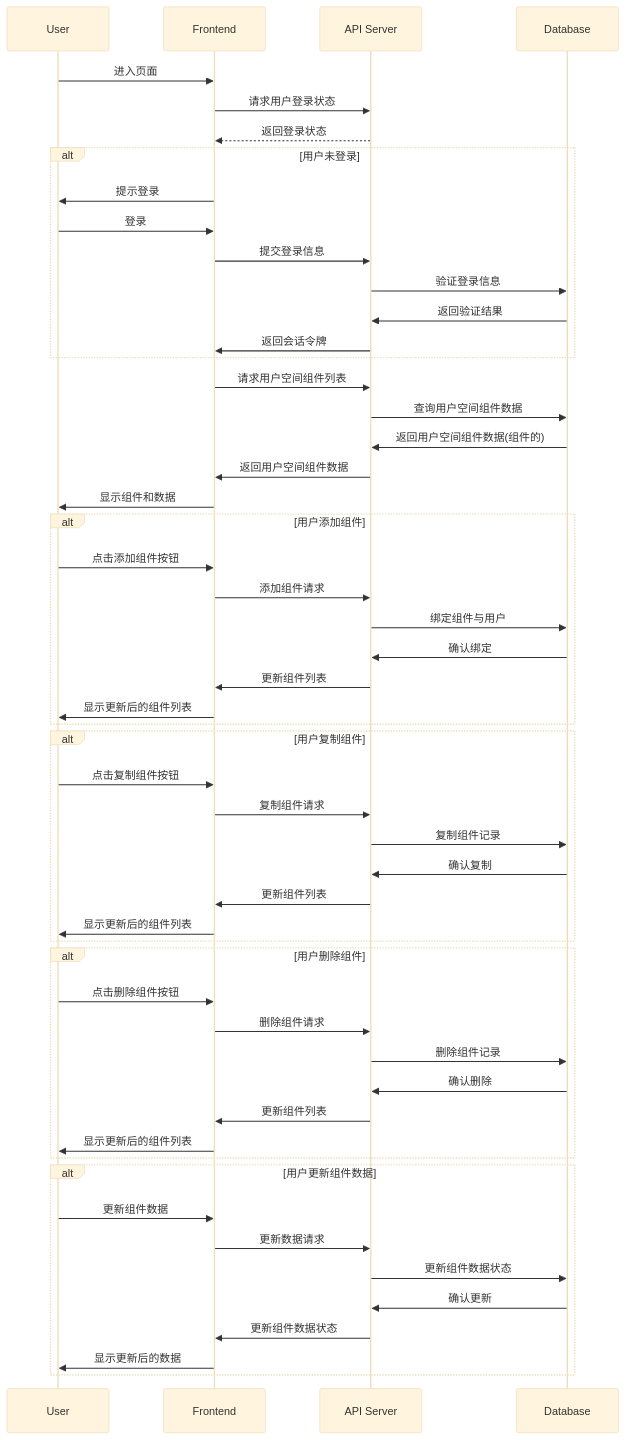
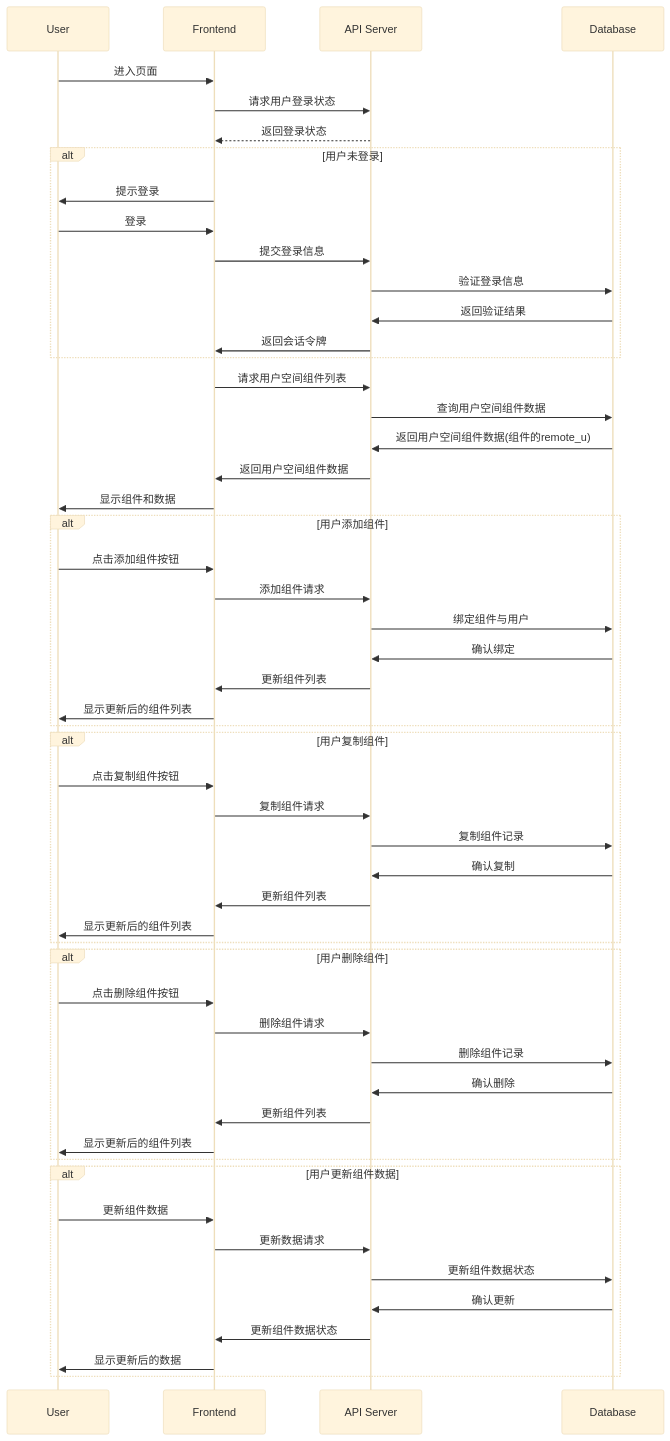
The diagram in all/未命名-7.md (yingjianzh/iodraw-files), drawn with Mermaid (base theme) before and after one commit.

Commit message:
2024-10-09 10:20:54 update

````diff
--- a/all/未命名-7.md
+++ b/all/未命名-7.md
@@ -1,62 +1,62 @@
 ```mermaid
 sequenceDiagram
     participant User
     participant Frontend
     participant API Server
     participant Database
 
     User->>Frontend: 进入页面
     Frontend->>API Server: 请求用户登录状态
     API Server-->>Frontend: 返回登录状态
     alt 用户未登录
         Frontend->>User: 提示登录
         User->>Frontend: 登录
         Frontend->>API Server: 提交登录信息
         API Server->>Database: 验证登录信息
         Database->>API Server: 返回验证结果
         API Server->>Frontend: 返回会话令牌
     end
 
     Frontend->>API Server: 请求用户空间组件列表
     API Server->>Database: 查询用户空间组件数据
-    Database->>API Server: 返回用户空间组件数据(组件的)
+    Database->>API Server: 返回用户空间组件数据(组件的remote_u)
     API Server->>Frontend: 返回用户空间组件数据
     Frontend->>User: 显示组件和数据
 
     alt 用户添加组件
         User->>Frontend: 点击添加组件按钮
         Frontend->>API Server: 添加组件请求
         API Server->>Database: 绑定组件与用户
         Database->>API Server: 确认绑定
         API Server->>Frontend: 更新组件列表
         Frontend->>User: 显示更新后的组件列表
     end
 
     alt 用户复制组件
         User->>Frontend: 点击复制组件按钮
         Frontend->>API Server: 复制组件请求
         API Server->>Database: 复制组件记录
         Database->>API Server: 确认复制
         API Server->>Frontend: 更新组件列表
         Frontend->>User: 显示更新后的组件列表
     end
 
     alt 用户删除组件
         User->>Frontend: 点击删除组件按钮
         Frontend->>API Server: 删除组件请求
         API Server->>Database: 删除组件记录
         Database->>API Server: 确认删除
         API Server->>Frontend: 更新组件列表
         Frontend->>User: 显示更新后的组件列表
     end
 
     alt 用户更新组件数据
         User->>Frontend: 更新组件数据
         Frontend->>API Server: 更新数据请求
         API Server->>Database: 更新组件数据状态
         Database->>API Server: 确认更新
         API Server->>Frontend: 更新组件数据状态
         Frontend->>User: 显示更新后的数据
     end
 
 ```
````
